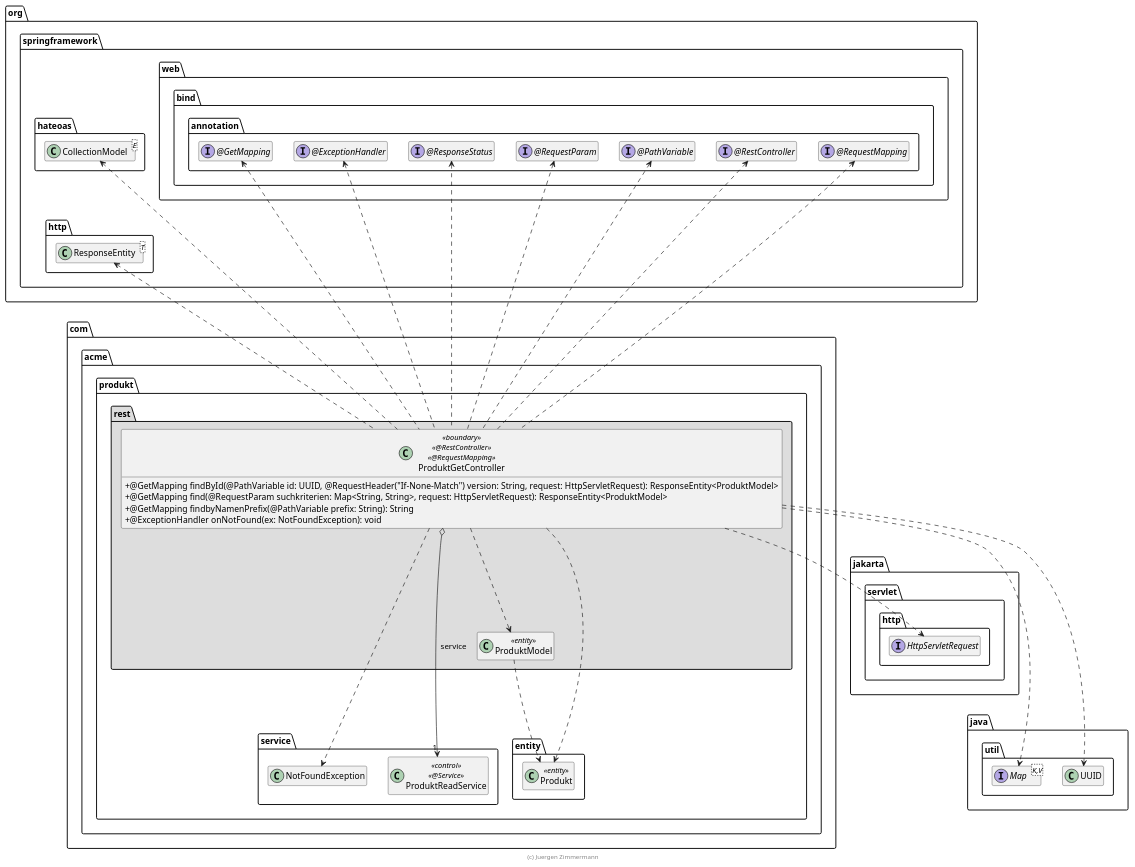
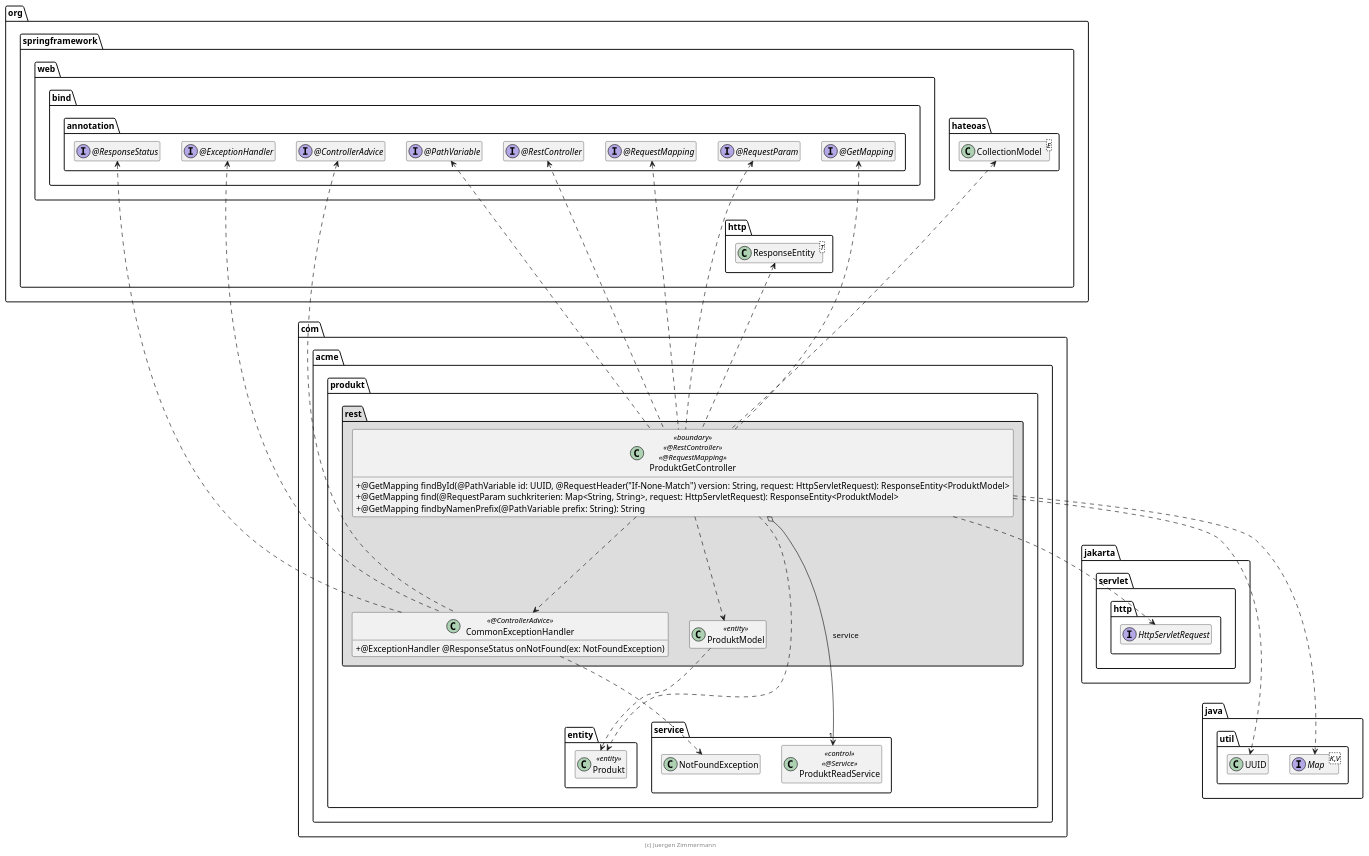
One commit to bichanhoang/produkt-v3 changed the diagram in extras/doc/ProduktGetController.plantuml. Above: the diagram before and after it, drawn with PlantUML. The commit also changed 11 other files, not shown here.

Commit message:
CommonExceptionHandler hinzugefügt und UML überarbeitet

```diff
--- a/extras/doc/ProduktGetController.plantuml
+++ b/extras/doc/ProduktGetController.plantuml
@@ -15,87 +15,95 @@
 @startuml ProduktGetController
 
 skinparam classAttributeIconSize 0
 
 package org.springframework {
     package web.bind.annotation {
         interface "@RestController" as RestController
         interface "@RequestMapping" as RequestMapping
         interface "@PathVariable" as PathVariable
         interface "@RequestParam" as RequestParam
-        interface "@ExceptionHandler" as ExceptionHandler
         interface "@ResponseStatus" as ResponseStatus
         interface "@GetMapping" as GetMapping
+        interface "@ControllerAdvice" as ControllerAdvice
+        interface "@ExceptionHandler" as ExceptionHandler
     }
 
     package http {
         class ResponseEntity<T>
     }
     package hateoas {
         class CollectionModel<E>
     }
 
     ResponseEntity .up[hidden].> CollectionModel
 }
 
 package jakarta.servlet.http {
     interface HttpServletRequest
 }
 
 package java.util {
     interface Map<K,V>
     class UUID
     UUID .up[hidden].> HttpServletRequest
 }
 
 package com.acme.produkt {
     package entity {
         class Produkt << entity >>
     }
 
     package service {
         class ProduktReadService << control >> << @Service >>
         class NotFoundException
 
         ProduktReadService .right[hidden].> NotFoundException
     }
 
     package rest #DDDDDD {
         class ProduktModel <<entity>>
 
+        class CommonExceptionHandler << @ControllerAdvice >> {
+            + @ExceptionHandler @ResponseStatus onNotFound(ex: NotFoundException)
+        }
+
         class ProduktGetController << boundary >> << @RestController >> << @RequestMapping >> {
             + @GetMapping findById(@PathVariable id: UUID, @RequestHeader("If-None-Match") version: String, request: HttpServletRequest): ResponseEntity<ProduktModel>
             + @GetMapping find(@RequestParam suchkriterien: Map<String, String>, request: HttpServletRequest): ResponseEntity<ProduktModel>
             + @GetMapping findbyNamenPrefix(@PathVariable prefix: String): String
-            + @ExceptionHandler onNotFound(ex: NotFoundException): void
         }
 
         ProduktGetController o-right-> "1" ProduktReadService : service
         ProduktGetController ..> ProduktModel
         ProduktGetController ..> Produkt
-        ProduktGetController ..> NotFoundException
 
         ProduktGetController .down.> HttpServletRequest
         ProduktGetController .up.> RequestMapping
         ProduktGetController .up.> RestController
-        ProduktGetController .up.> CollectionModel
+        ProduktGetController .left.> CollectionModel
+        ProduktGetController ..> CommonExceptionHandler
         ProduktGetController .up.> ResponseEntity
         ProduktGetController .up.> PathVariable
         ProduktGetController .up.> RequestParam
-        ProduktGetController .up.> ResponseStatus
-        ProduktGetController .up.> ExceptionHandler
         ProduktGetController .up.> GetMapping
 
         ProduktGetController .down.> UUID
         ProduktGetController .down.> Map
 
         ProduktModel .[hidden].> ProduktReadService
         ProduktModel ..> Produkt
         ProduktModel .[hidden].> Produkt
+
+        CommonExceptionHandler .down.> NotFoundException
+        CommonExceptionHandler .up.> ControllerAdvice
+        CommonExceptionHandler .up.> ExceptionHandler
+        CommonExceptionHandler .up.> ResponseStatus
+        CommonExceptionHandler .[hidden].> Produkt
     }
 }
 
 hide empty members
 
 footer (c) Juergen Zimmermann
 
 @enduml
```
